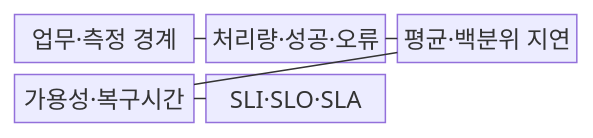
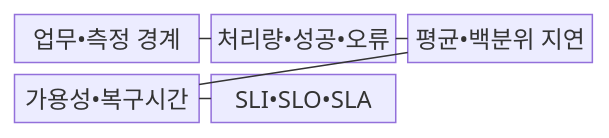
The first of 2 diagrams in src/content/docs/notes/06-evaluation/001_system_kpi_tps_response_time.md (agnusdei1207/knowledge-base), drawn with Mermaid before and after one commit. The commit also changed other lines of this file and 953 other files, not shown here.

````diff
--- a/src/content/docs/notes/06-evaluation/001_system_kpi_tps_response_time.md
+++ b/src/content/docs/notes/06-evaluation/001_system_kpi_tps_response_time.md
@@ -68,13 +68,13 @@
 ```mermaid
 block-beta
   columns 3
-  W["업무·측정 경계"]
-  T["처리량·성공·오류"]
-  L["평균·백분위 지연"]
-  A["가용성·복구시간"]
-  O["SLI·SLO·SLA"]
+  W["업무•측정 경계"]
+  T["처리량•성공•오류"]
+  L["평균•백분위 지연"]
+  A["가용성•복구시간"]
+  O["SLI•SLO•SLA"]
   W --- T
   T --- L
   L --- A
   A --- O
 ```
````
